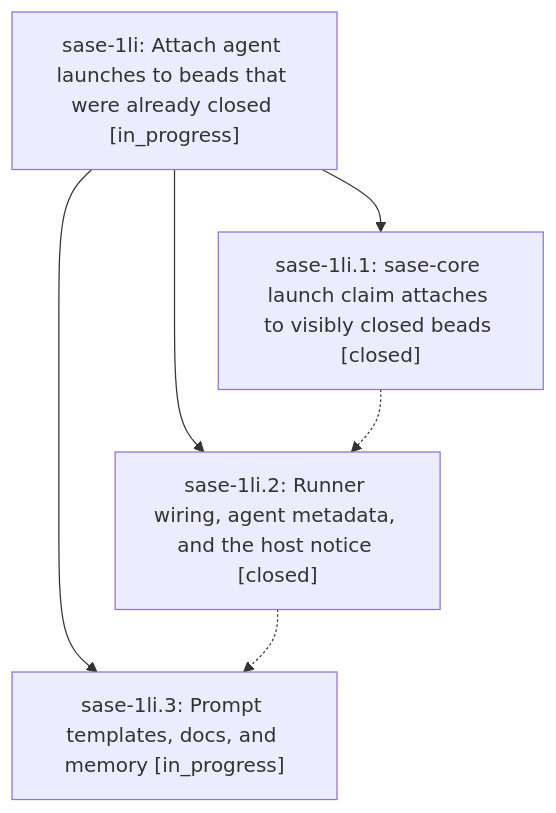
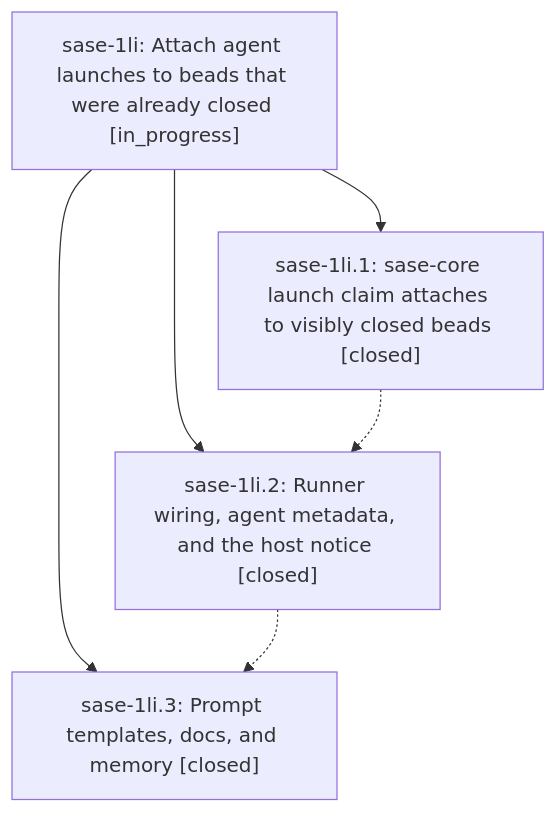
One commit to sase-org/sase--beads changed the diagram in pages/sase-1li/README.md. Above: the diagram before and after it, drawn with Mermaid. The commit also changed other lines of this file and 2 other files, not shown here.

First line of the commit message:
chore(beads): sync bead state and pages for sase-1li

````diff
--- a/pages/sase-1li/README.md
+++ b/pages/sase-1li/README.md
@@ -38,12 +38,12 @@
 ```mermaid
 flowchart TD
     n0["sase-1li: Attach agent launches to beads that were already closed [in_progress]"]
     n1["sase-1li.1: sase-core launch claim attaches to visibly closed beads [closed]"]
     n2["sase-1li.2: Runner wiring, agent metadata, and the host notice [closed]"]
-    n3["sase-1li.3: Prompt templates, docs, and memory [in_progress]"]
+    n3["sase-1li.3: Prompt templates, docs, and memory [closed]"]
     n0 --> n1
     n0 --> n2
     n0 --> n3
     n1 -.-> n2
     n2 -.-> n3
 ```
````
